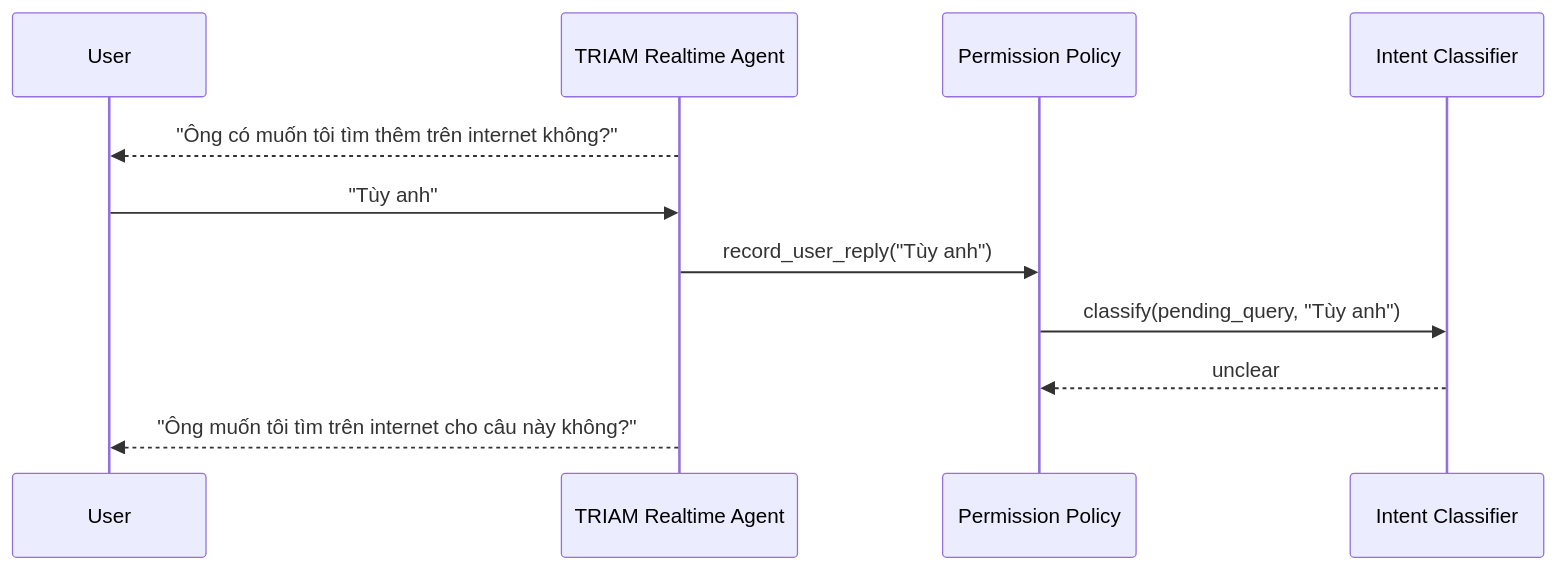
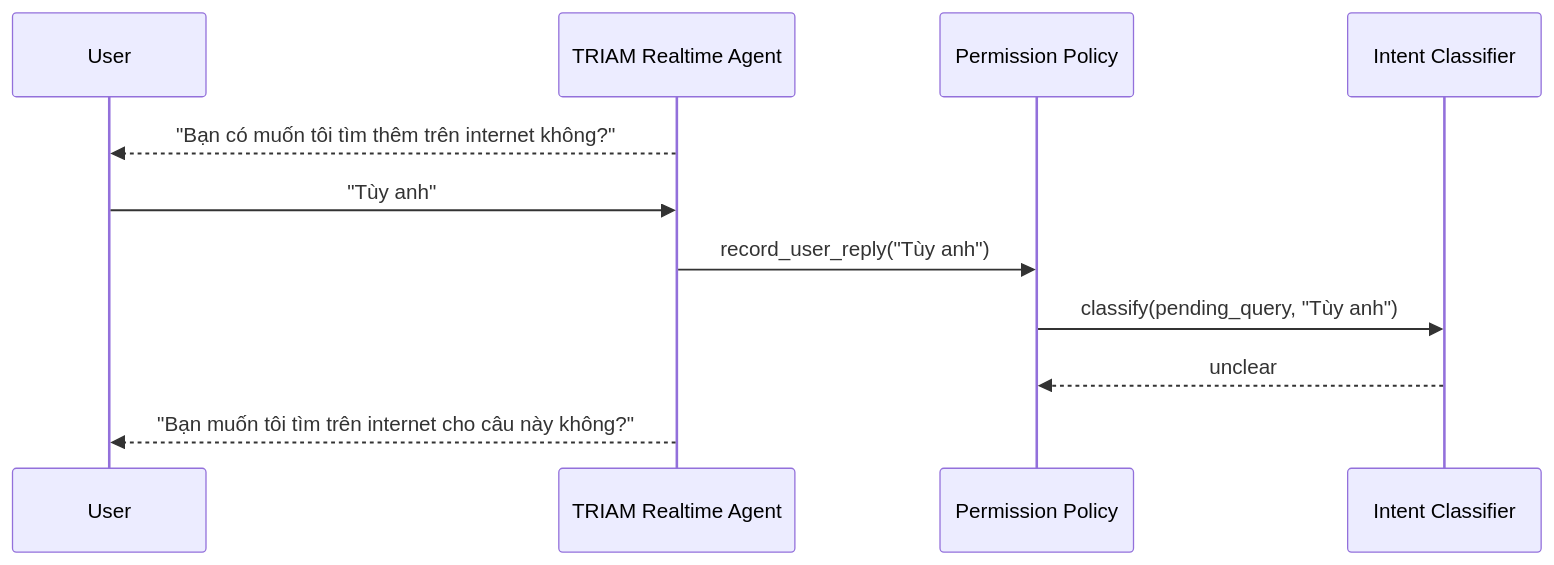
Before and after one commit to KhoaSinno/triam-backend: the third of 3 diagrams in _docs_implemented/phase_7_1_voice_web_permission_intent_classifier_implementation_guide.md, drawn with Mermaid. The commit also changed other lines of this file and 12 other files, not shown here.

````diff
--- a/_docs_implemented/phase_7_1_voice_web_permission_intent_classifier_implementation_guide.md
+++ b/_docs_implemented/phase_7_1_voice_web_permission_intent_classifier_implementation_guide.md
@@ -578,14 +578,14 @@
 ```mermaid
 sequenceDiagram
     participant U as User
     participant A as TRIAM Realtime Agent
     participant P as Permission Policy
     participant C as Intent Classifier
 
-    A-->>U: "Ông có muốn tôi tìm thêm trên internet không?"
+    A-->>U: "Bạn có muốn tôi tìm thêm trên internet không?"
     U->>A: "Tùy anh"
     A->>P: record_user_reply("Tùy anh")
     P->>C: classify(pending_query, "Tùy anh")
     C-->>P: unclear
-    A-->>U: "Ông muốn tôi tìm trên internet cho câu này không?"
+    A-->>U: "Bạn muốn tôi tìm trên internet cho câu này không?"
 ```
````
